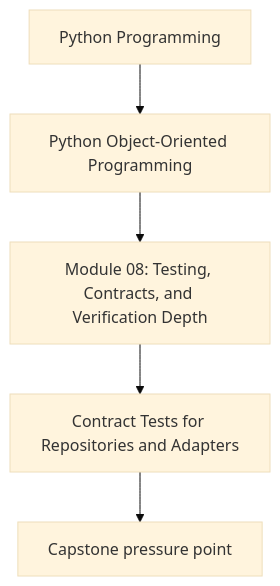
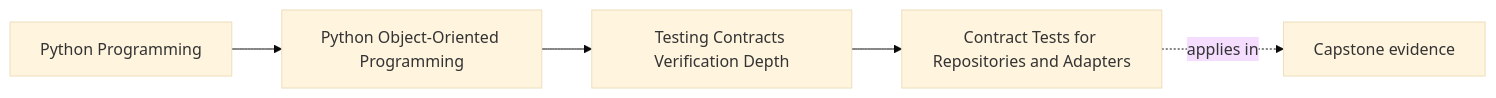
One commit to bijux/bijux-masterclass changed the first of 2 diagrams in programs/python-programming/python-object-oriented-programming/course-book/module-08-testing-contracts-verification-depth/contract-tests-for-repositories-and-adapters.md. Above: the diagram before and after it, drawn with Mermaid (base theme). The commit also changed other lines of this file and 103 other files, not shown here.

Commit message:
docs(python-object-oriented-programming): map sustainment and capstone surfaces

````diff
--- a/programs/python-programming/python-object-oriented-programming/course-book/module-08-testing-contracts-verification-depth/contract-tests-for-repositories-and-adapters.md
+++ b/programs/python-programming/python-object-oriented-programming/course-book/module-08-testing-contracts-verification-depth/contract-tests-for-repositories-and-adapters.md
@@ -7,7 +7,11 @@
 ```mermaid
-flowchart TD
-  family["Python Programming"] --> program["Python Object-Oriented Programming"]
-  program --> module["Module 08: Testing, Contracts, and Verification Depth"]
-  module --> concept["Contract Tests for Repositories and Adapters"]
-  concept --> capstone["Capstone pressure point"]
+graph LR
+  family["Python Programming"]
+  program["Python Object-Oriented Programming"]
+  section["Testing Contracts Verification Depth"]
+  page["Contract Tests for Repositories and Adapters"]
+  capstone["Capstone evidence"]
+
+  family --> program --> section --> page
+  page -.applies in.-> capstone
 ```
````
